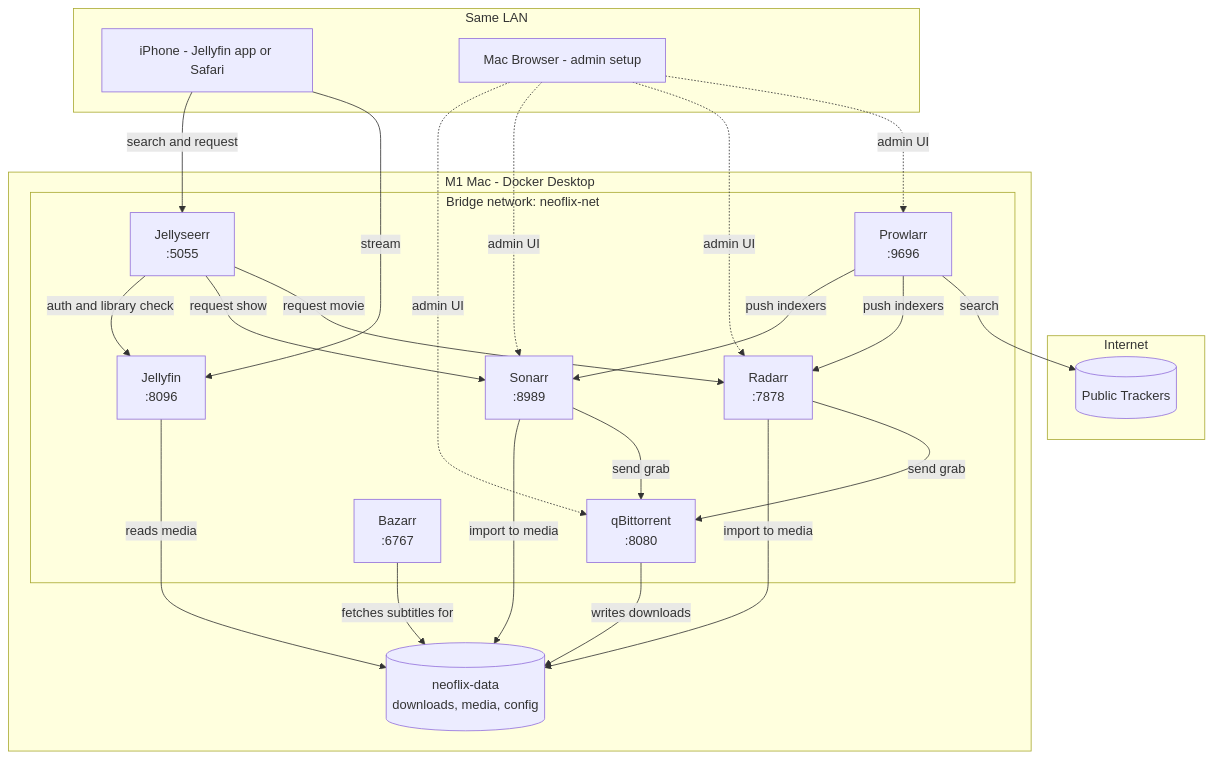
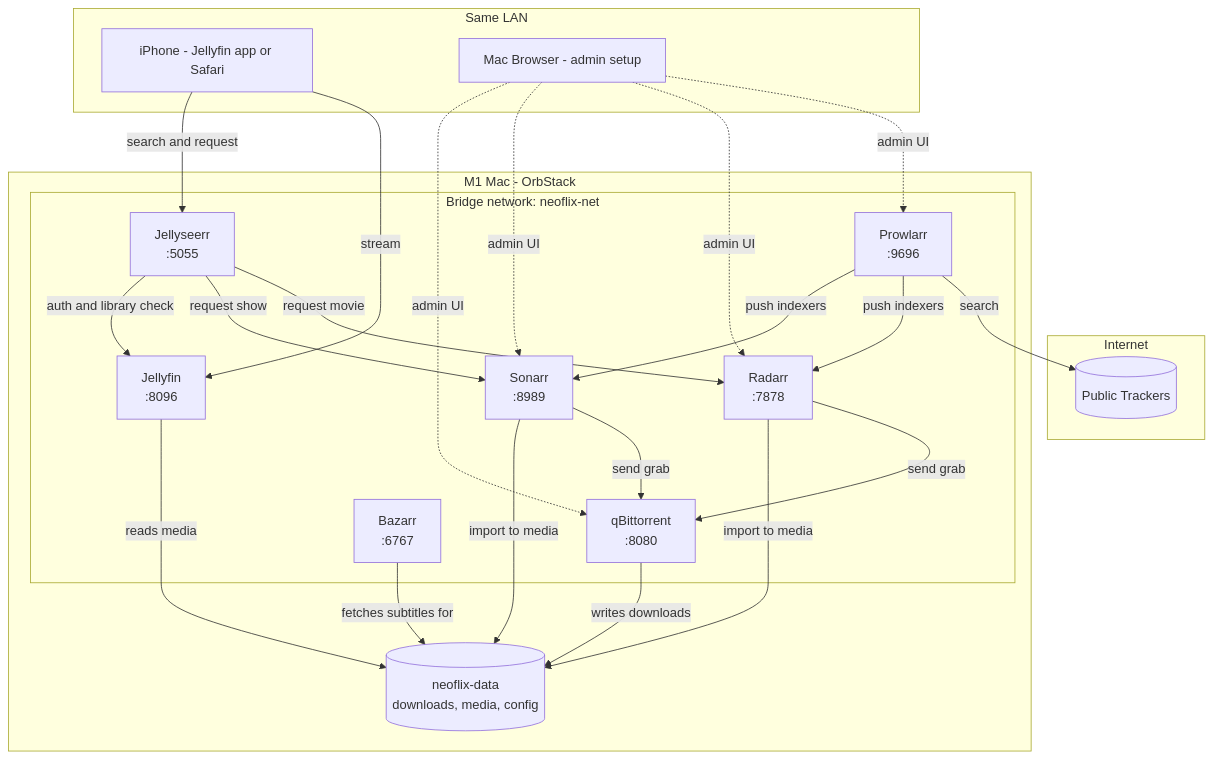
The first of 3 diagrams in HLD.md (adarshsingh1407/neoflix), drawn with Mermaid before and after one commit. The commit also changed other lines of this file and 10 other files, not shown here.

First line of the commit message:
Document the move from Docker Desktop to OrbStack

````diff
--- a/HLD.md
+++ b/HLD.md
@@ -11,45 +11,45 @@
 ```mermaid
 flowchart TB
     subgraph internet["Internet"]
         trackers[("Public Trackers")]
     end
 
-    subgraph mac["M1 Mac - Docker Desktop"]
+    subgraph mac["M1 Mac - OrbStack"]
         subgraph net["Bridge network: neoflix-net"]
             prowlarr["Prowlarr<br>:9696"]
             radarr["Radarr<br>:7878"]
             sonarr["Sonarr<br>:8989"]
             qbit["qBittorrent<br>:8080"]
             jellyseerr["Jellyseerr<br>:5055"]
             jellyfin["Jellyfin<br>:8096"]
             bazarr["Bazarr<br>:6767"]
         end
 
         data[("neoflix-data<br>downloads, media, config")]
     end
 
     subgraph lan["Same LAN"]
         iphone["iPhone - Jellyfin app or Safari"]
         macbrowser["Mac Browser - admin setup"]
     end
 
     prowlarr -- search --> trackers
     prowlarr -- push indexers --> radarr
     prowlarr -- push indexers --> sonarr
     radarr -- send grab --> qbit
     sonarr -- send grab --> qbit
     qbit -- writes downloads --> data
     radarr -- import to media --> data
     sonarr -- import to media --> data
     jellyfin -- reads media --> data
     bazarr -- fetches subtitles for --> data
     jellyseerr -- request movie --> radarr
     jellyseerr -- request show --> sonarr
     jellyseerr -- auth and library check --> jellyfin
     iphone -- stream --> jellyfin
     iphone -- search and request --> jellyseerr
     macbrowser -.admin UI.-> prowlarr
     macbrowser -.admin UI.-> radarr
     macbrowser -.admin UI.-> sonarr
     macbrowser -.admin UI.-> qbit
 ```
````
